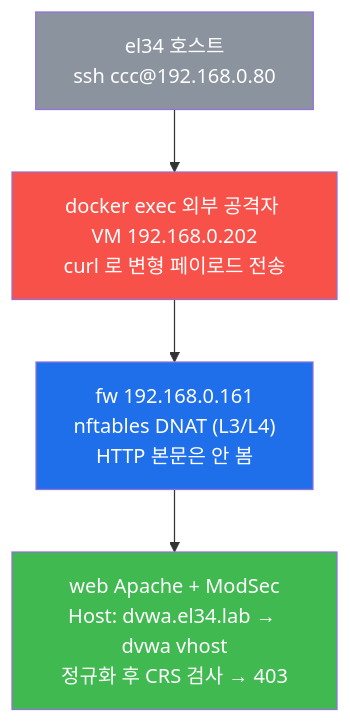
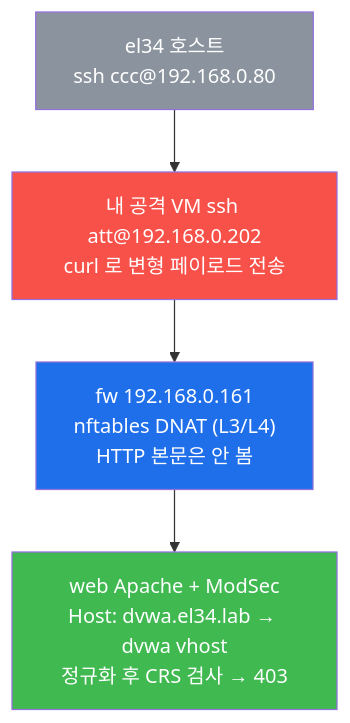
The second of 9 diagrams in contents/training/attack/lecture_week10.md (mrgrit/tw2), drawn with Mermaid before and after one commit. The commit also changed 4 other files, not shown here.

First line of the commit message:
fix(attack): 강의 잔여 docker exec 정리 — 접근모델 prose + 이전세션 깨진 아티팩트

````diff
--- a/contents/training/attack/lecture_week10.md
+++ b/contents/training/attack/lecture_week10.md
@@ -147,12 +147,12 @@
 ```mermaid
 graph TD
     A["el34 호스트<br/>ssh ccc@192.168.0.80"]
-    B["docker exec 외부 공격자 VM 192.168.0.202<br/>curl 로 변형 페이로드 전송"]
+    B["내 공격 VM ssh att@192.168.0.202<br/>curl 로 변형 페이로드 전송"]
     C["fw 192.168.0.161<br/>nftables DNAT (L3/L4)<br/>HTTP 본문은 안 봄"]
     D["web Apache + ModSec<br/>Host: dvwa.el34.lab → dvwa vhost<br/>정규화 후 CRS 검사 → 403"]
     A --> B --> C --> D
     style A fill:#8b949e,color:#fff
     style B fill:#f85149,color:#fff
     style C fill:#1f6feb,color:#fff
     style D fill:#3fb950,color:#fff
 ```
````
